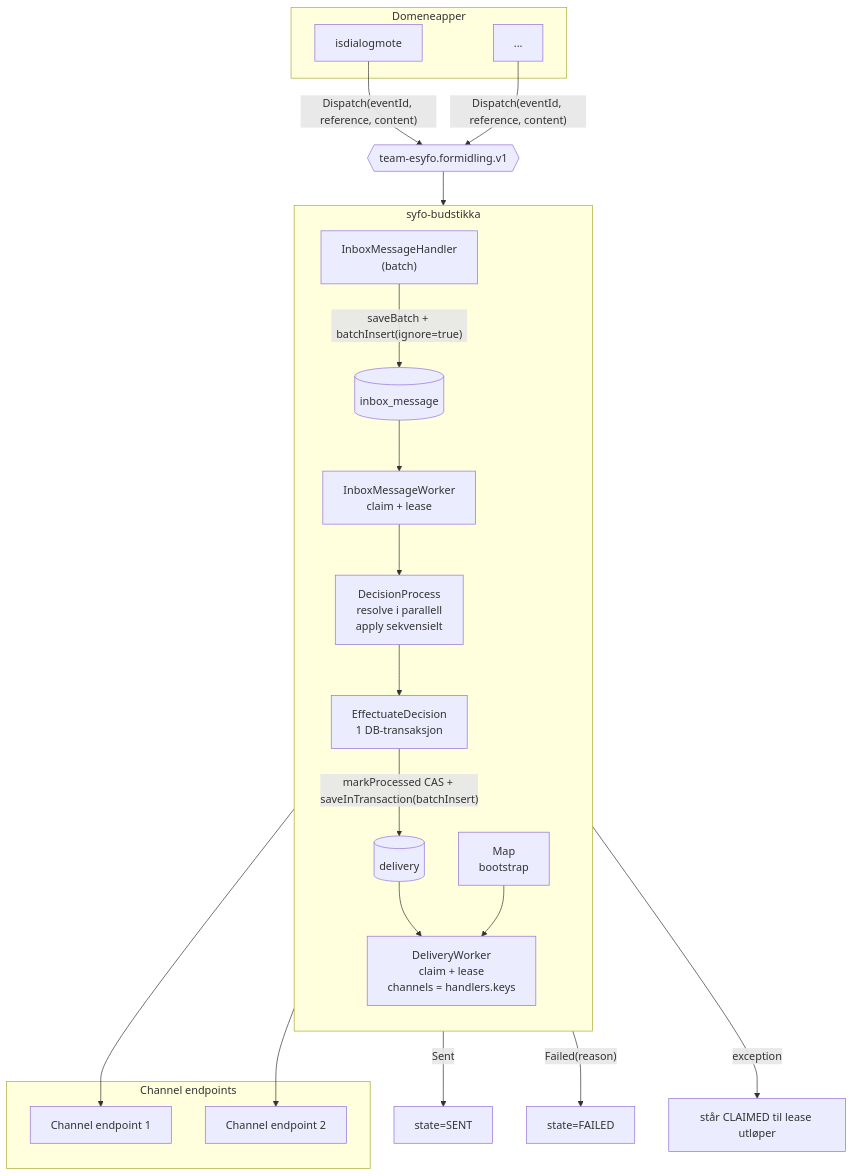
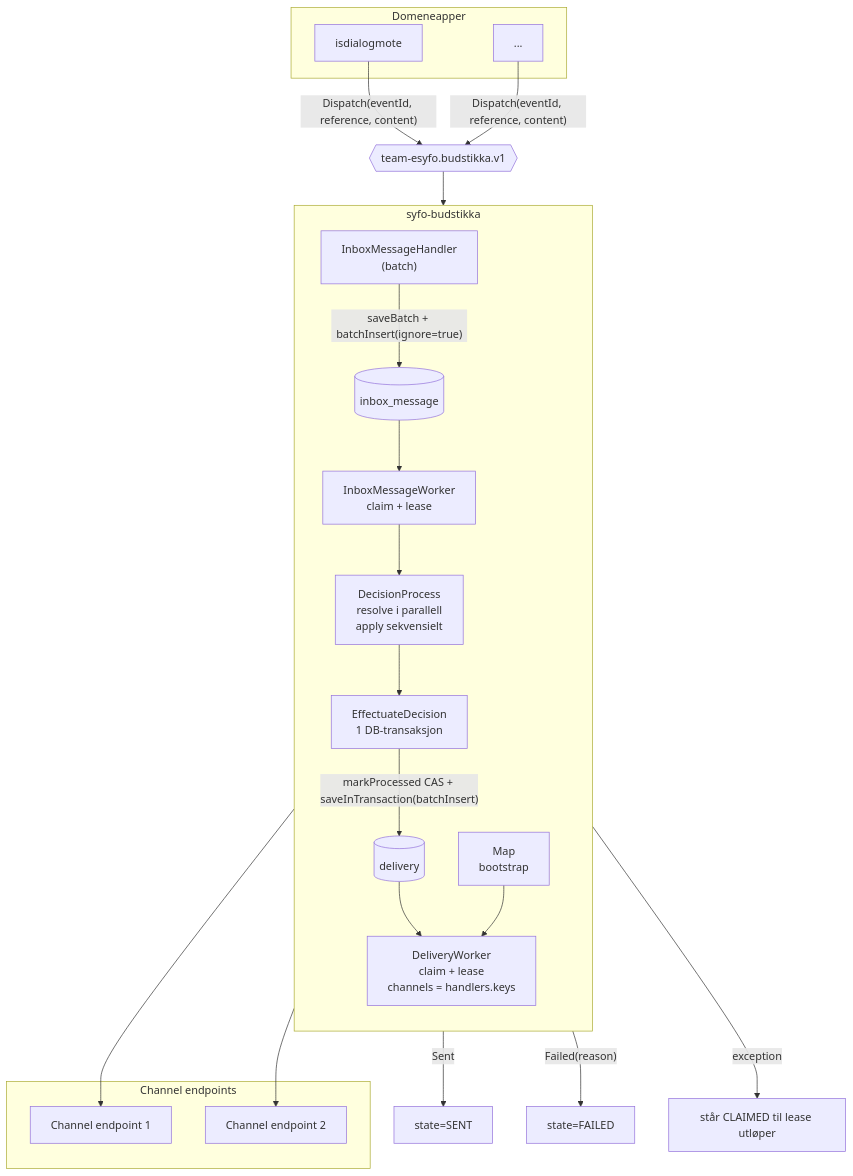
Before and after one commit to navikt/syfo-budstikka: the diagram in docs/flyt.md, drawn with Mermaid. The commit also changed 10 other files, not shown here.

````diff
--- a/docs/flyt.md
+++ b/docs/flyt.md
@@ -6,40 +6,40 @@
 ```mermaid
 flowchart TB
     subgraph Producers["Domeneapper"]
         P1["isdialogmote"]
         P2["..."]
     end
 
-    P1 & P2 -->|"Dispatch(eventId, reference, content)"| TOPIC{{"team-esyfo.formidling.v1"}}
+    P1 & P2 -->|"Dispatch(eventId, reference, content)"| TOPIC{{"team-esyfo.budstikka.v1"}}
 
     subgraph Budstikka["syfo-budstikka"]
         direction TB
         CONS["InboxMessageHandler<br/>(batch)"]
         INBOX[("inbox_message")]
         IWORK["InboxMessageWorker<br/>claim + lease"]
         DEC["DecisionProcess<br/>resolve i parallell<br/>apply sekvensielt"]
         EFF["EffectuateDecision<br/>1 DB-transaksjon"]
         OUTBOX[("delivery")]
         DWORK["DeliveryWorker<br/>claim + lease<br/>channels = handlers.keys"]
         MAP["Map<Channel, ChannelHandler><br/>bootstrap"]
     end
 
     TOPIC --> CONS
     CONS -->|"saveBatch + batchInsert(ignore=true)"| INBOX
     INBOX --> IWORK
     IWORK --> DEC --> EFF
     EFF -->|"markProcessed CAS + saveInTransaction(batchInsert)"| OUTBOX
     OUTBOX --> DWORK
     MAP --> DWORK
 
     DWORK -->|"Sent"| SENT["state=SENT"]
     DWORK -->|"Failed(reason)"| FAILED["state=FAILED"]
     DWORK -->|"exception"| RECLAIM["står CLAIMED til lease utløper"]
 
     subgraph Outbound["Channel endpoints"]
         CH1["Channel endpoint 1"]
         CH2["Channel endpoint 2"]
     end
     DWORK --> CH1
     DWORK --> CH2
 ```
````
